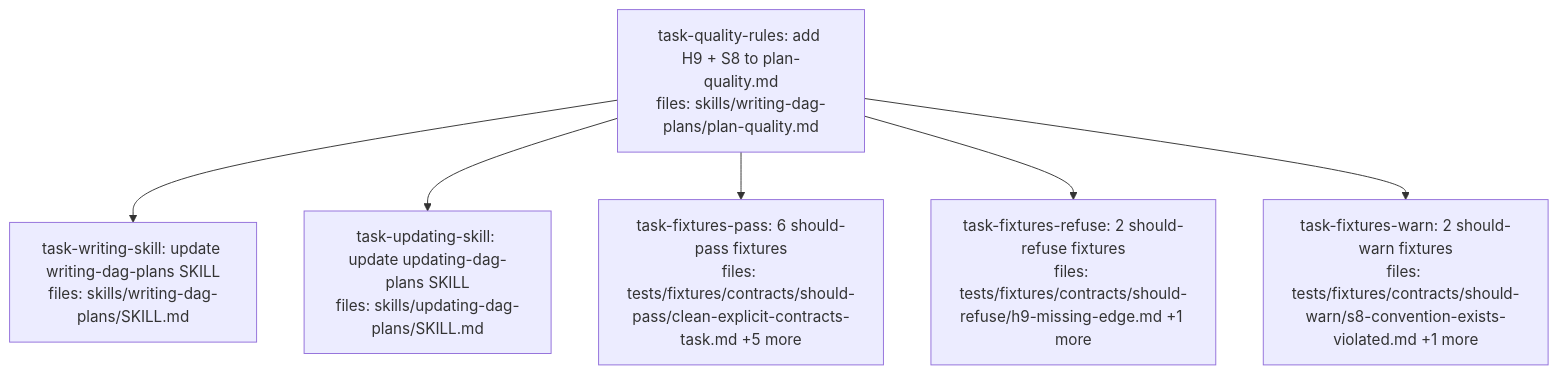
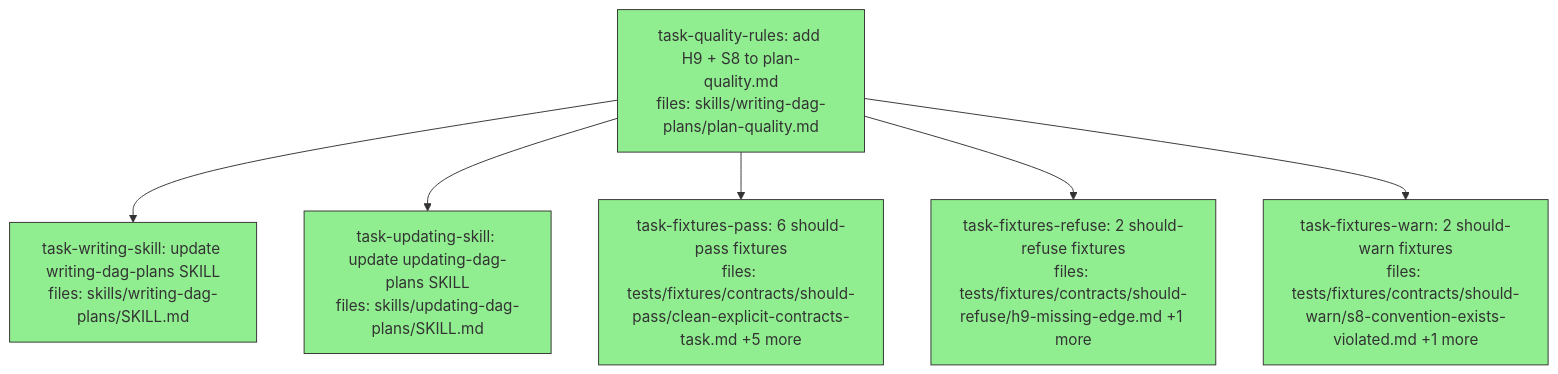
Before and after one commit to BrettNye/parallel-dag-execution: the diagram in docs/superpowers/plans/2026-05-04-dag-plan-contract-rules-dag.md, drawn with Mermaid. The commit also changed other lines of this file, not shown here.

Commit message:
plan(dag): mark all 6 tasks done — execution complete
Final status: 6/6 done, 0 failed, 0 skipped.

````diff
--- a/docs/superpowers/plans/2026-05-04-dag-plan-contract-rules-dag.md
+++ b/docs/superpowers/plans/2026-05-04-dag-plan-contract-rules-dag.md
@@ -6,21 +6,21 @@
 ```mermaid
 flowchart TD
-    task-quality-rules["task-quality-rules: add H9 + S8 to plan-quality.md<br/>files: skills/writing-dag-plans/plan-quality.md"]
-    task-writing-skill["task-writing-skill: update writing-dag-plans SKILL<br/>files: skills/writing-dag-plans/SKILL.md"]
-    task-updating-skill["task-updating-skill: update updating-dag-plans SKILL<br/>files: skills/updating-dag-plans/SKILL.md"]
-    task-fixtures-pass["task-fixtures-pass: 6 should-pass fixtures<br/>files: tests/fixtures/contracts/should-pass/clean-explicit-contracts-task.md +5 more"]
-    task-fixtures-refuse["task-fixtures-refuse: 2 should-refuse fixtures<br/>files: tests/fixtures/contracts/should-refuse/h9-missing-edge.md +1 more"]
-    task-fixtures-warn["task-fixtures-warn: 2 should-warn fixtures<br/>files: tests/fixtures/contracts/should-warn/s8-convention-exists-violated.md +1 more"]
+    task-quality-rules["task-quality-rules: add H9 + S8 to plan-quality.md<br/>files: skills/writing-dag-plans/plan-quality.md"]:::done
+    task-writing-skill["task-writing-skill: update writing-dag-plans SKILL<br/>files: skills/writing-dag-plans/SKILL.md"]:::done
+    task-updating-skill["task-updating-skill: update updating-dag-plans SKILL<br/>files: skills/updating-dag-plans/SKILL.md"]:::done
+    task-fixtures-pass["task-fixtures-pass: 6 should-pass fixtures<br/>files: tests/fixtures/contracts/should-pass/clean-explicit-contracts-task.md +5 more"]:::done
+    task-fixtures-refuse["task-fixtures-refuse: 2 should-refuse fixtures<br/>files: tests/fixtures/contracts/should-refuse/h9-missing-edge.md +1 more"]:::done
+    task-fixtures-warn["task-fixtures-warn: 2 should-warn fixtures<br/>files: tests/fixtures/contracts/should-warn/s8-convention-exists-violated.md +1 more"]:::done
 
     task-quality-rules --> task-writing-skill
     task-quality-rules --> task-updating-skill
     task-quality-rules --> task-fixtures-pass
     task-quality-rules --> task-fixtures-refuse
     task-quality-rules --> task-fixtures-warn
 
     classDef done fill:#90ee90,stroke:#333
     classDef ready fill:#fffacd,stroke:#333
     classDef running fill:#87ceeb,stroke:#333
     classDef failed fill:#ffb6c1,stroke:#333
     classDef skipped fill:#d3d3d3,stroke:#333,stroke-dasharray: 5 5
 ```
````
